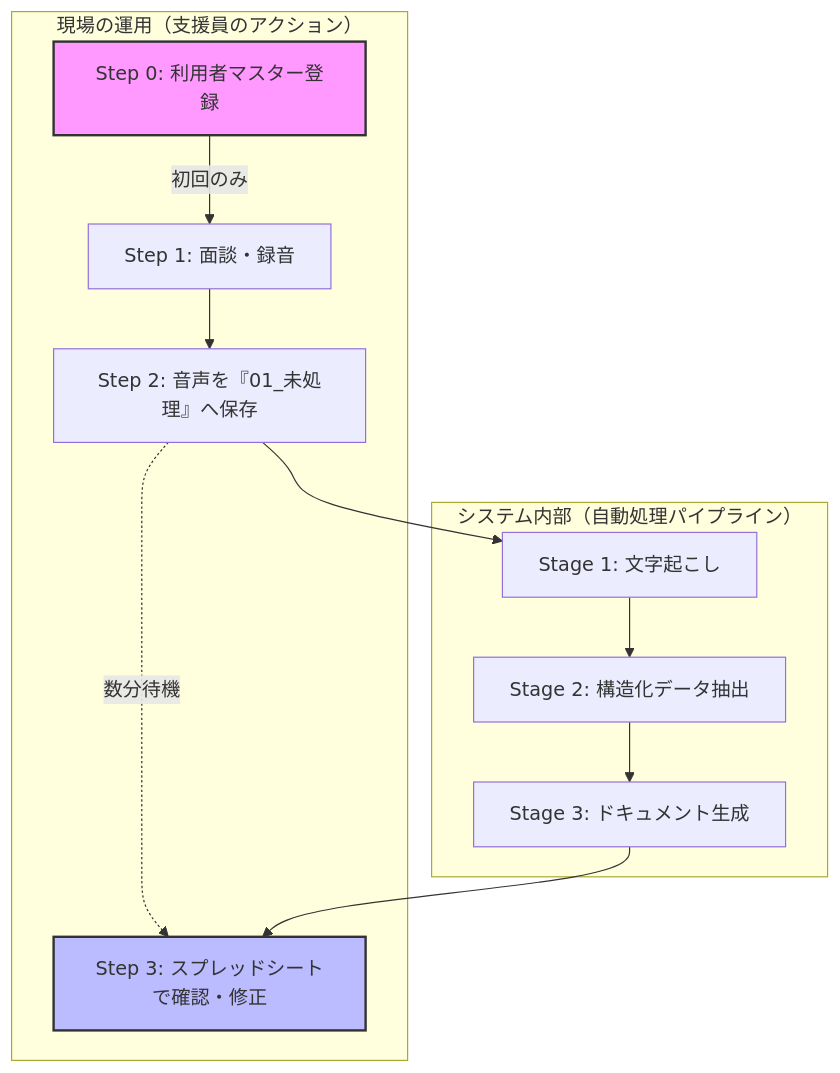
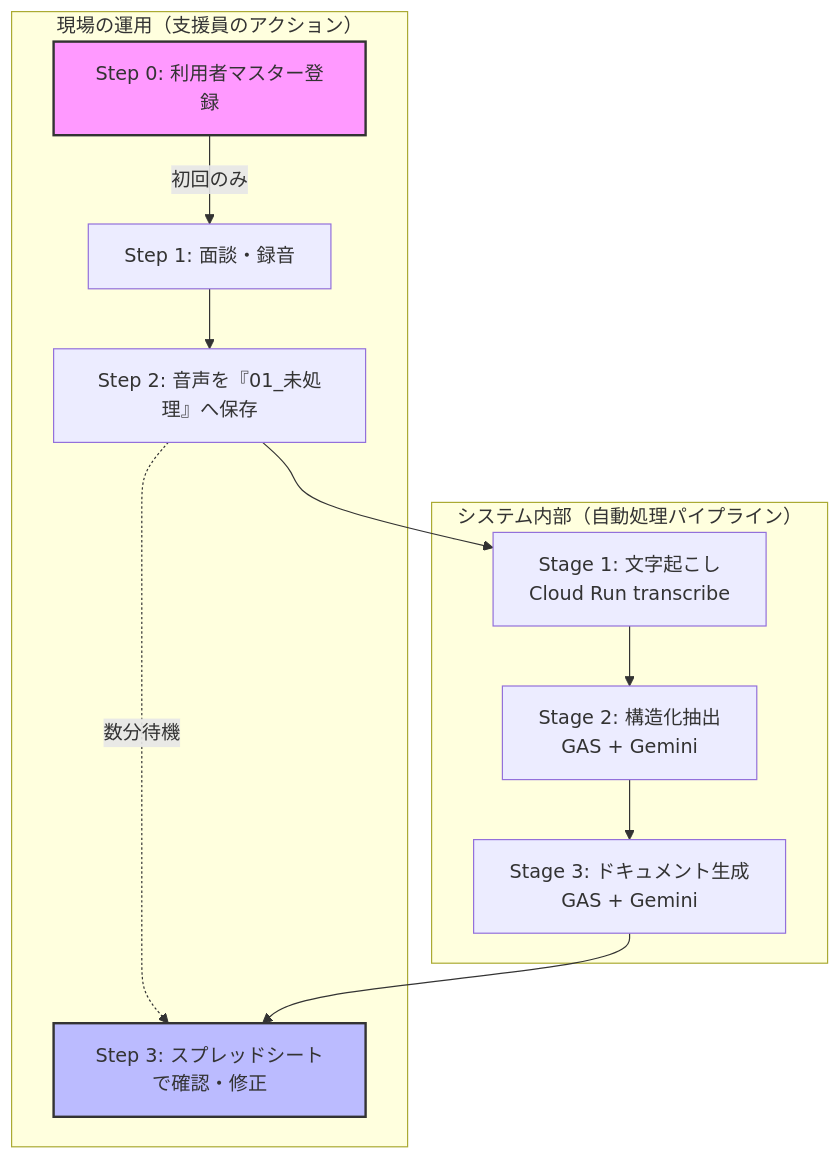
One commit to marukoshoumu/GrowPoint changed the diagram in README.md. Above: the diagram before and after it, drawn with Mermaid. The commit also changed other lines of this file, not shown here.

First line of the commit message:
docs: update README to clarify system architecture and processing stages

````diff
--- a/README.md
+++ b/README.md
@@ -12,18 +20,18 @@
 ```mermaid
 graph TD
     subgraph "現場の運用（支援員のアクション）"
         A[Step 0: 利用者マスター登録] -->|初回のみ| B[Step 1: 面談・録音]
         B --> C[Step 2: 音声を『01_未処理』へ保存]
         C -.->|数分待機| D[Step 3: スプレッドシートで確認・修正]
     end
 
     subgraph "システム内部（自動処理パイプライン）"
-        C --> S1[Stage 1: 文字起こし]
-        S1 --> S2[Stage 2: 構造化データ抽出]
-        S2 --> S3[Stage 3: ドキュメント生成]
+        C --> S1["Stage 1: 文字起こし<br/>Cloud Run transcribe"]
+        S1 --> S2["Stage 2: 構造化抽出<br/>GAS + Gemini"]
+        S2 --> S3["Stage 3: ドキュメント生成<br/>GAS + Gemini"]
         S3 --> D
     end
 
     style A fill:#f9f,stroke:#333,stroke-width:2px
     style D fill:#bbf,stroke:#333,stroke-width:2px
 ```
````
